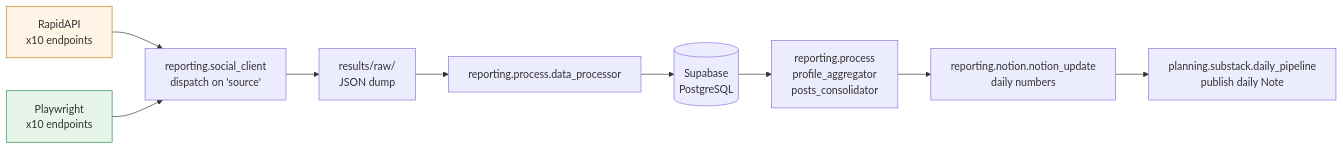
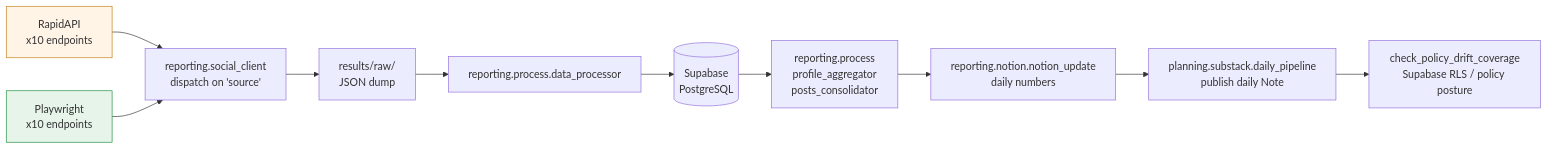
Before and after one commit to ferraroroberto/content-management: the third of 3 diagrams in README.md, drawn with Mermaid. The commit also changed other lines of this file and 1 other file, not shown here.

````diff
--- a/README.md
+++ b/README.md
@@ -270,14 +270,15 @@
 ```mermaid
 flowchart LR
     A1[RapidAPI<br/>x10 endpoints]:::rapidapi --> B
     A2[Playwright<br/>x10 endpoints]:::playwright --> B
     B[reporting.social_client<br/>dispatch on 'source']
     B --> C[results/raw/<br/>JSON dump]
     C --> D[reporting.process.data_processor]
     D --> E[(Supabase<br/>PostgreSQL)]
     E --> F[reporting.process<br/>profile_aggregator<br/>posts_consolidator]
     F --> G[reporting.notion.notion_update<br/>daily numbers]
     G --> H[planning.substack.daily_pipeline<br/>publish daily Note]
+    H --> I[check_policy_drift_coverage<br/>Supabase RLS / policy posture]
     classDef rapidapi fill:#fff4e6,stroke:#c47f17
     classDef playwright fill:#e6f4ea,stroke:#1e8e3e
 ```
````
